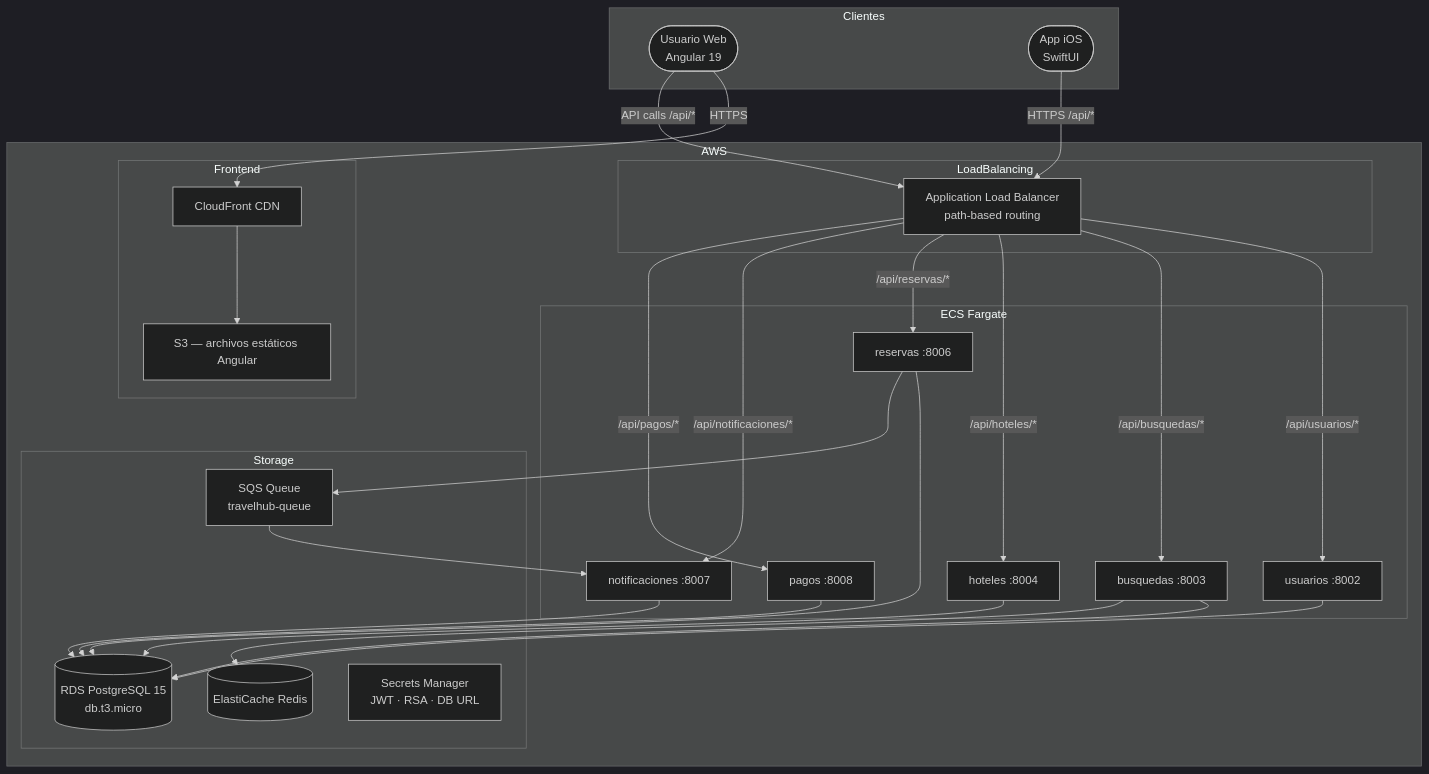
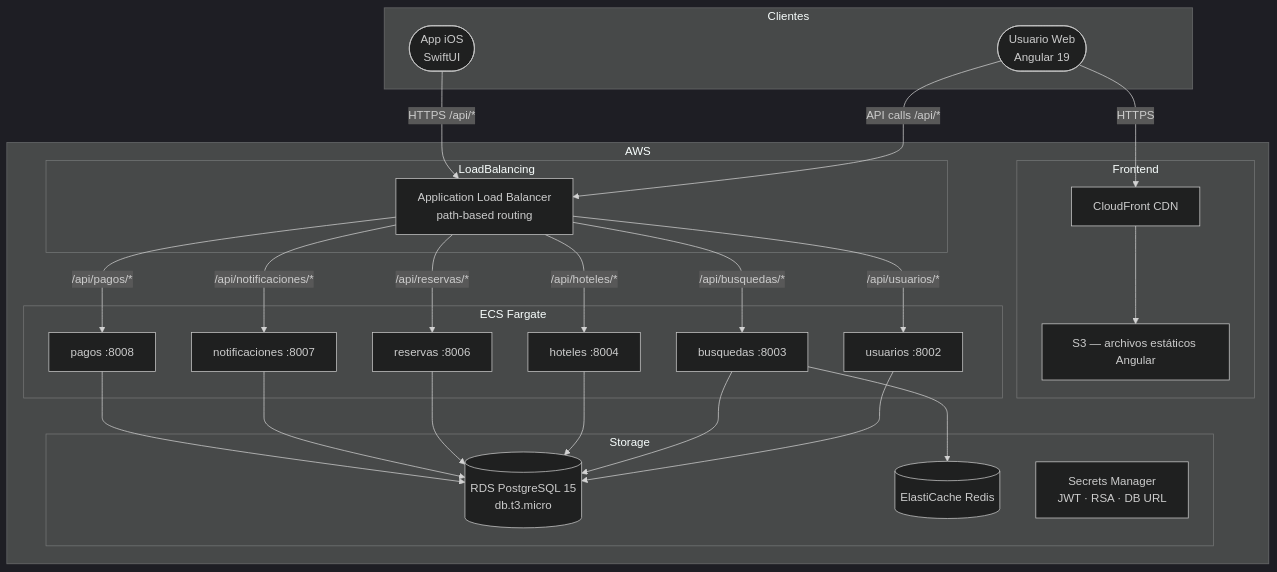
The diagram in docs/tecnico/arquitectura.md (daniel-corzo/misw-4501-proyecto-de-grado), drawn with Mermaid (dark theme) before and after one commit. The commit also changed other lines of this file and 15 other files, not shown here.

````diff
--- a/docs/tecnico/arquitectura.md
+++ b/docs/tecnico/arquitectura.md
@@ -5,49 +5,46 @@
 ```mermaid
 graph TB
     subgraph Clientes
         WEB([Usuario Web\nAngular 19])
         APP([App iOS\nSwiftUI])
     end
 
     subgraph AWS
         subgraph Frontend
             CF[CloudFront CDN]
             S3[S3 — archivos estáticos Angular]
         end
 
         subgraph LoadBalancing
             ALB[Application Load Balancer\npath-based routing]
         end
 
         subgraph Compute [ECS Fargate]
             SVC_USR[usuarios :8002]
             SVC_BSQ[busquedas :8003]
             SVC_HOT[hoteles :8004]
             SVC_RES[reservas :8006]
             SVC_NOT[notificaciones :8007]
             SVC_PAG[pagos :8008]
         end
 
         subgraph Storage
             RDS[(RDS PostgreSQL 15\ndb.t3.micro)]
             REDIS[(ElastiCache Redis)]
-            SQS[SQS Queue\ntravelhub-queue]
             SM[Secrets Manager\nJWT · RSA · DB URL]
         end
     end
 
     WEB -->|HTTPS| CF
     CF --> S3
     WEB -->|API calls /api/*| ALB
     APP -->|HTTPS /api/*| ALB
     ALB -->|/api/usuarios/*| SVC_USR
     ALB -->|/api/busquedas/*| SVC_BSQ
     ALB -->|/api/hoteles/*| SVC_HOT
     ALB -->|/api/reservas/*| SVC_RES
     ALB -->|/api/notificaciones/*| SVC_NOT
     ALB -->|/api/pagos/*| SVC_PAG
     SVC_USR & SVC_BSQ & SVC_HOT & SVC_RES & SVC_NOT & SVC_PAG --> RDS
     SVC_BSQ --> REDIS
-    SVC_RES --> SQS
-    SQS --> SVC_NOT
 ```
````
